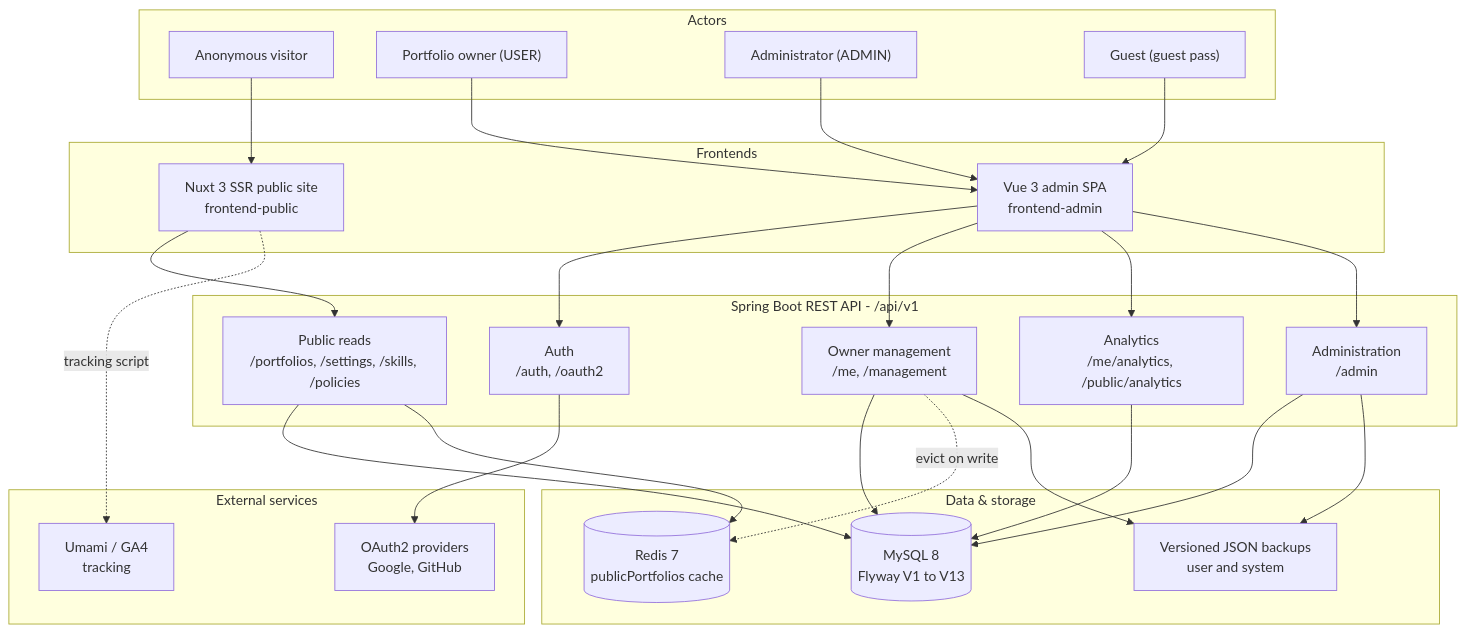
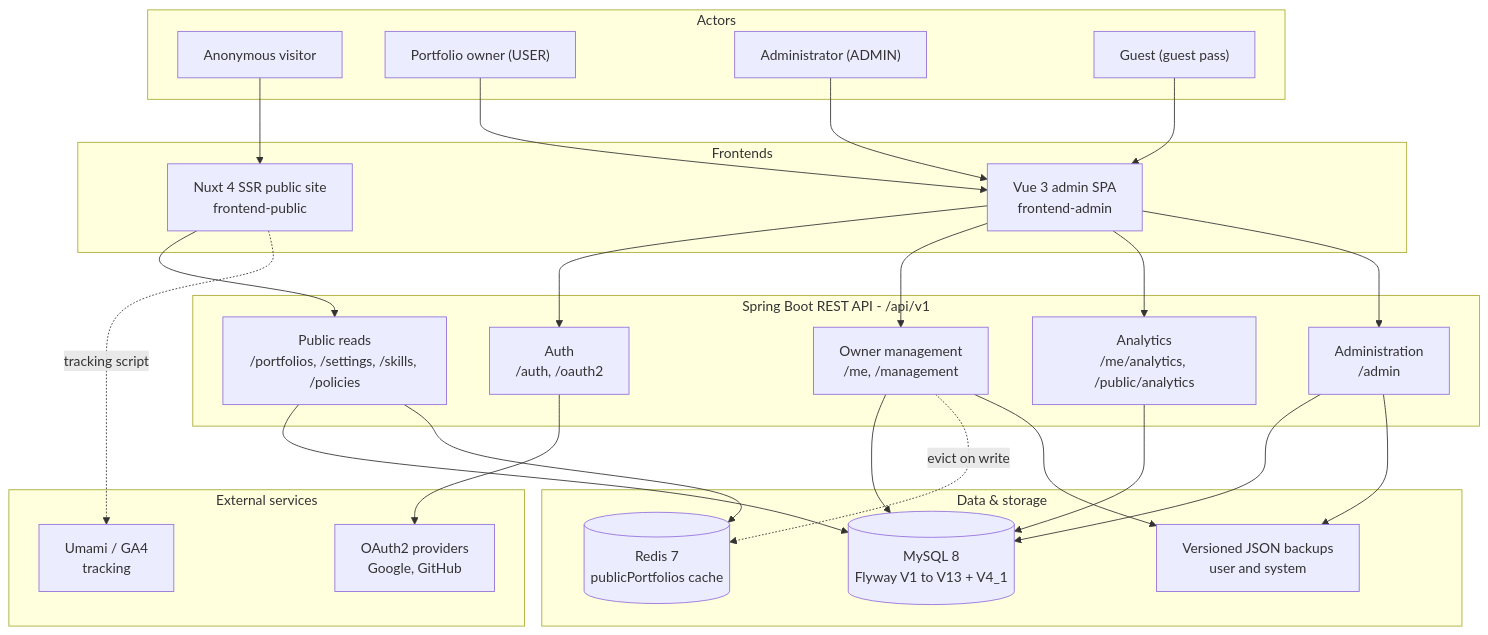
One commit to NemesisGuy/forkmyfolio-oss changed the first of 7 diagrams in docs/DIAGRAMS.md. Above: the diagram before and after it, drawn with Mermaid. The commit also changed other lines of this file and 38 other files, not shown here.

````diff
--- a/docs/DIAGRAMS.md
+++ b/docs/DIAGRAMS.md
@@ -14,53 +14,53 @@
 ```mermaid
 flowchart TB
     subgraph Actors["Actors"]
         V["Anonymous visitor"]
         O["Portfolio owner (USER)"]
         A["Administrator (ADMIN)"]
         G["Guest (guest pass)"]
     end
 
     subgraph Frontends["Frontends"]
-        N["Nuxt 3 SSR public site<br/>frontend-public"]
+        N["Nuxt 4 SSR public site<br/>frontend-public"]
         S["Vue 3 admin SPA<br/>frontend-admin"]
     end
 
     subgraph API["Spring Boot REST API - /api/v1"]
         AUTH["Auth<br/>/auth, /oauth2"]
         MGMT["Owner management<br/>/me, /management"]
         PUB["Public reads<br/>/portfolios, /settings, /skills, /policies"]
         ADM["Administration<br/>/admin"]
         ANA["Analytics<br/>/me/analytics, /public/analytics"]
     end
 
     subgraph Data["Data &amp; storage"]
-        DB[("MySQL 8<br/>Flyway V1 to V13")]
+        DB[("MySQL 8<br/>Flyway V1 to V13 + V4_1")]
         RD[("Redis 7<br/>publicPortfolios cache")]
         BKP["Versioned JSON backups<br/>user and system"]
     end
 
     subgraph External["External services"]
         P1["OAuth2 providers<br/>Google, GitHub"]
         P2["Umami / GA4<br/>tracking"]
     end
 
     V --> N
     G --> S
     O --> S
     A --> S
     N --> PUB
     S --> AUTH
     S --> MGMT
     S --> ANA
     S --> ADM
     AUTH --> P1
     MGMT --> DB
     PUB --> DB
     ADM --> DB
     ANA --> DB
     PUB --> RD
     MGMT -. "evict on write" .-> RD
     MGMT --> BKP
     ADM --> BKP
     N -. "tracking script" .-> P2
 ```
````
